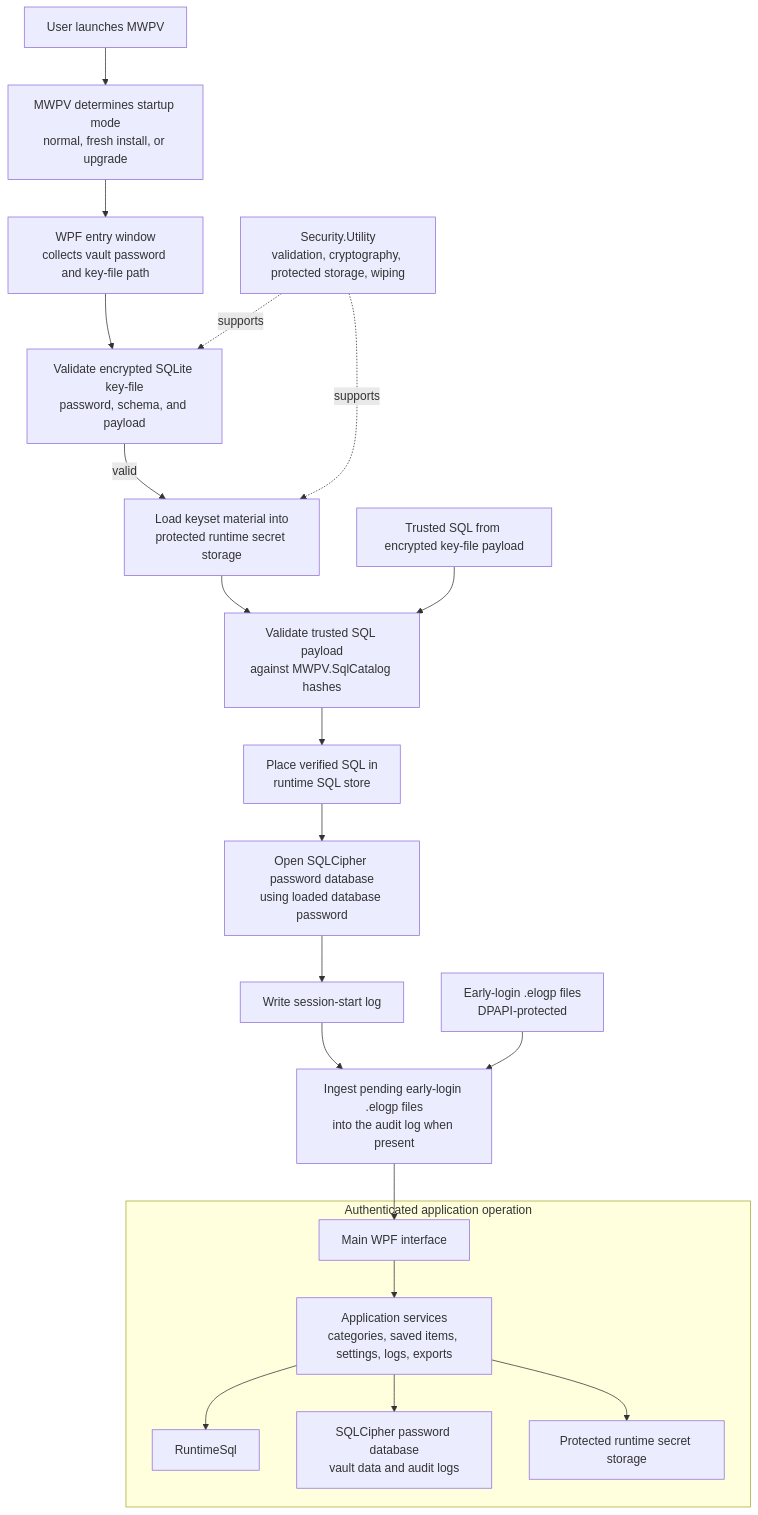
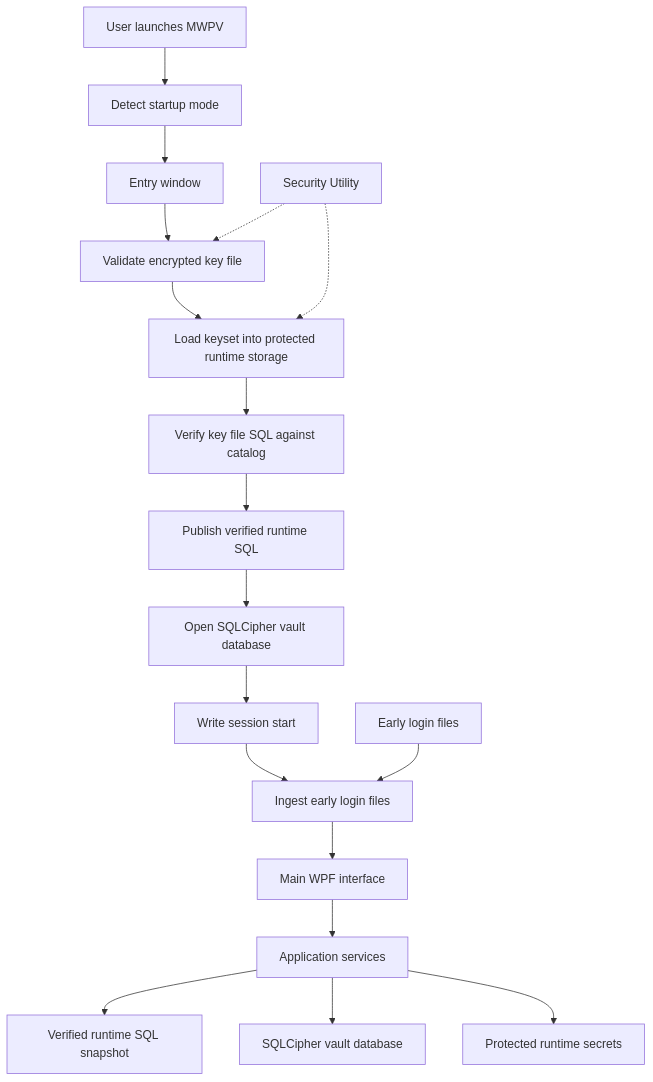
Before and after one commit to pgmrdlm/MWPV: the third of 4 diagrams in docs/MWPV_High_Level_Flow.md, drawn with Mermaid. The commit also changed other lines of this file, not shown here.

````diff
--- a/docs/MWPV_High_Level_Flow.md
+++ b/docs/MWPV_High_Level_Flow.md
@@ -64,26 +95,20 @@
 ```mermaid
 flowchart TD
-    Launch["User launches MWPV"] --> Detect["MWPV determines startup mode<br/>normal, fresh install, or upgrade"]
-    Detect --> Entry["WPF entry window<br/>collects vault password and key-file path"]
-
-    Entry --> KeyCheck["Validate encrypted SQLite key-file<br/>password, schema, and payload"]
-    KeyCheck -->|valid| LoadKeys["Load keyset material into<br/>protected runtime secret storage"]
-    LoadKeys --> SqlVerify["Validate trusted SQL payload<br/>against MWPV.SqlCatalog hashes"]
-    SqlVerify --> SqlStore["Place verified SQL in<br/>runtime SQL store"]
-    SqlStore --> OpenVault["Open SQLCipher password database<br/>using loaded database password"]
-    OpenVault --> SessionStart["Write session-start log"]
-    SessionStart --> Ingest["Ingest pending early-login .elogp files<br/>into the audit log when present"]
-    Ingest --> Main["Main WPF interface"]
-
-    subgraph Runtime["Authenticated application operation"]
-        Main --> Services["Application services<br/>categories, saved items, settings, logs, exports"]
-        Services --> RuntimeSql
-        Services --> Vault["SQLCipher password database<br/>vault data and audit logs"]
-        Services --> Secrets["Protected runtime secret storage"]
-    end
-
-    Early["Early-login .elogp files<br/>DPAPI-protected"] --> Ingest
-    SqlPayload["Trusted SQL from encrypted key-file payload"] --> SqlVerify
-    Security["Security.Utility<br/>validation, cryptography, protected storage, wiping"] -.supports.-> KeyCheck
-    Security -.supports.-> LoadKeys
+    Launch[User launches MWPV] --> Detect[Detect startup mode]
+    Detect --> Entry[Entry window]
+    Entry --> KeyCheck[Validate encrypted key file]
+    KeyCheck --> LoadKeys[Load keyset into protected runtime storage]
+    LoadKeys --> SqlVerify[Verify key file SQL against catalog]
+    SqlVerify --> SqlStore[Publish verified runtime SQL]
+    SqlStore --> OpenVault[Open SQLCipher vault database]
+    OpenVault --> SessionStart[Write session start]
+    SessionStart --> Ingest[Ingest early login files]
+    Ingest --> Main[Main WPF interface]
+    Main --> Services[Application services]
+    Services --> RuntimeSql[Verified runtime SQL snapshot]
+    Services --> Vault[SQLCipher vault database]
+    Services --> Secrets[Protected runtime secrets]
+    Early[Early login files] --> Ingest
+    Security[Security Utility] -.-> KeyCheck
+    Security -.-> LoadKeys
 ```
````
